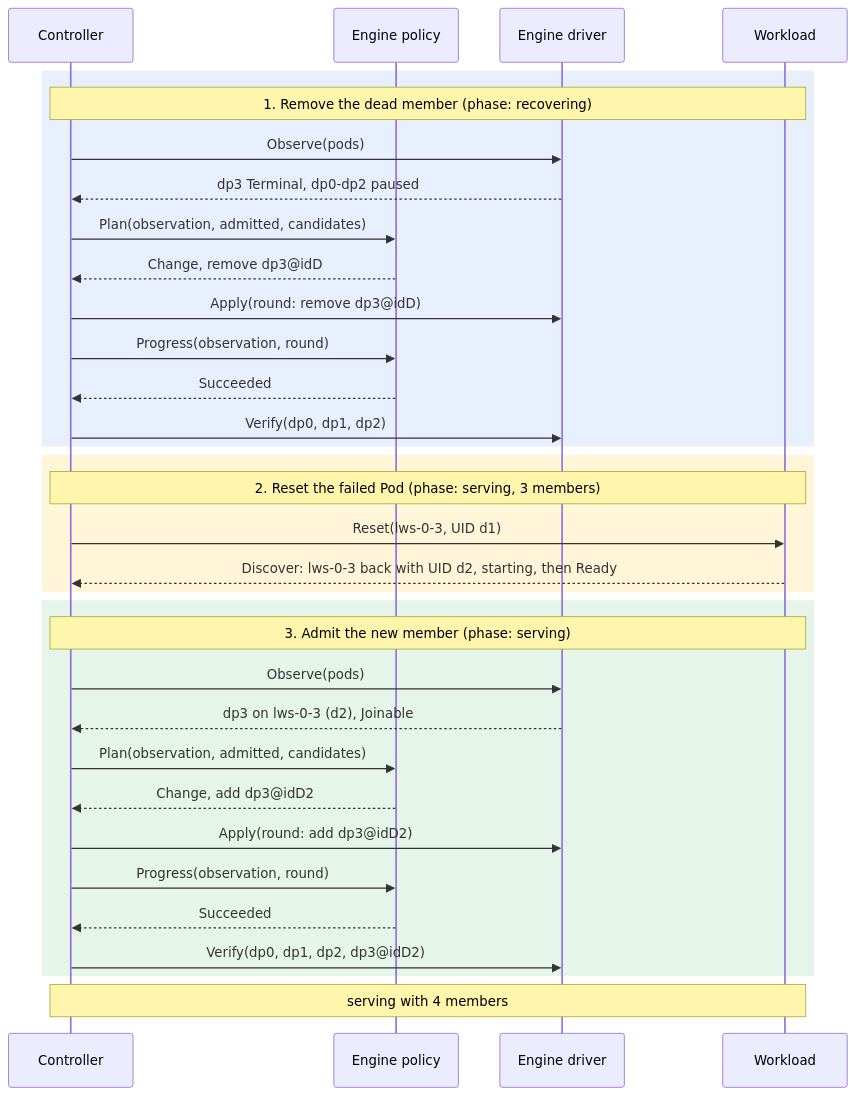
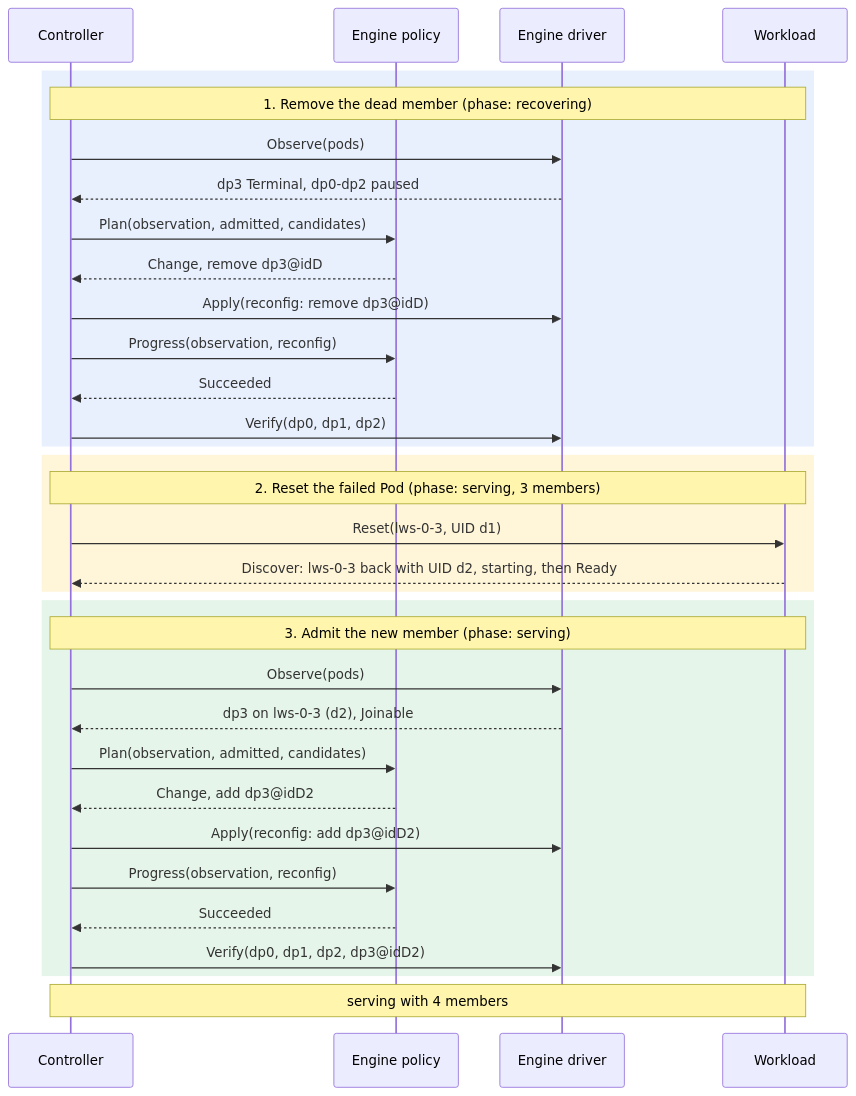
Before and after one commit to Etelis/llm-d-resiliency-operator: the third of 3 diagrams in docs/design/contracts/README.md, drawn with Mermaid. The commit also changed other lines of this file and 8 other files, not shown here.

Commit message:
Rename Round to Reconfig

````diff
--- a/docs/design/contracts/README.md
+++ b/docs/design/contracts/README.md
@@ -133,35 +133,35 @@
 ```mermaid
 sequenceDiagram
   participant C as Controller
   participant P as Engine policy
   participant D as Engine driver
   participant W as Workload
   rect rgba(66, 133, 244, 0.12)
     Note over C,W: 1. Remove the dead member (phase: recovering)
     C->>D: Observe(pods)
     D-->>C: dp3 Terminal, dp0-dp2 paused
     C->>P: Plan(observation, admitted, candidates)
     P-->>C: Change, remove dp3@idD
-    C->>D: Apply(round: remove dp3@idD)
-    C->>P: Progress(observation, round)
+    C->>D: Apply(reconfig: remove dp3@idD)
+    C->>P: Progress(observation, reconfig)
     P-->>C: Succeeded
     C->>D: Verify(dp0, dp1, dp2)
   end
   rect rgba(251, 188, 5, 0.15)
     Note over C,W: 2. Reset the failed Pod (phase: serving, 3 members)
     C->>W: Reset(lws-0-3, UID d1)
     W-->>C: Discover: lws-0-3 back with UID d2, starting, then Ready
   end
   rect rgba(52, 168, 83, 0.12)
     Note over C,W: 3. Admit the new member (phase: serving)
     C->>D: Observe(pods)
     D-->>C: dp3 on lws-0-3 (d2), Joinable
     C->>P: Plan(observation, admitted, candidates)
     P-->>C: Change, add dp3@idD2
-    C->>D: Apply(round: add dp3@idD2)
-    C->>P: Progress(observation, round)
+    C->>D: Apply(reconfig: add dp3@idD2)
+    C->>P: Progress(observation, reconfig)
     P-->>C: Succeeded
     C->>D: Verify(dp0, dp1, dp2, dp3@idD2)
   end
   Note over C,W: serving with 4 members
 ```
````
